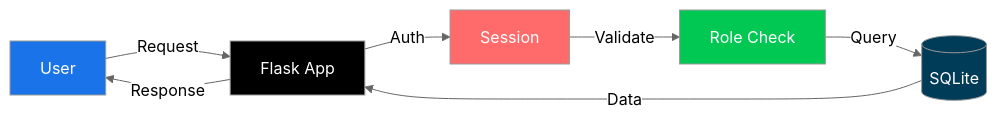
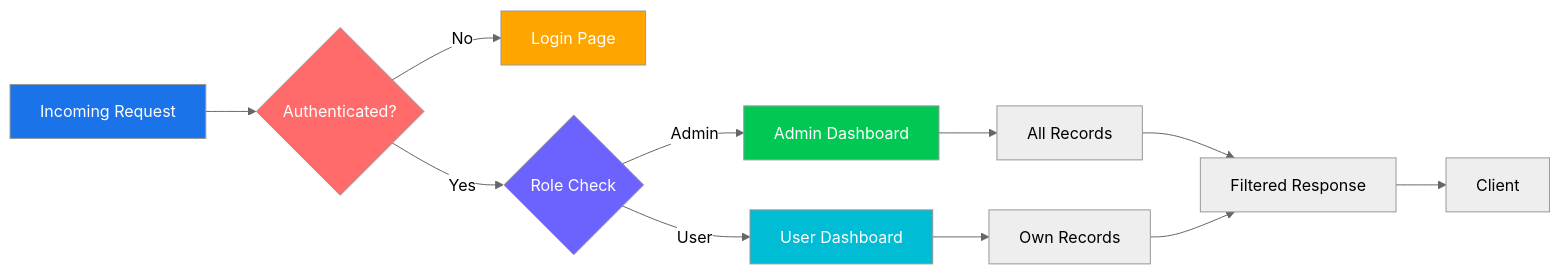
One commit to Barath-RK/Secure-Record-Access-for-an-Institutional-Portal changed the third of 3 diagrams in README.md. Above: the diagram before and after it, drawn with Mermaid (neutral theme). The commit also changed other lines of this file, not shown here.

````diff
--- a/README.md
+++ b/README.md
@@ -175,15 +272,20 @@
 ```mermaid
 graph LR
-    A[User] -->|Request| B[Flask App]
-    B -->|Auth| C[Session]
-    C -->|Validate| D[Role Check]
-    D -->|Query| E[(SQLite)]
-    E -->|Data| B
-    B -->|Response| A
+    A[Incoming Request] --> B{Authenticated?}
+    B -->|No| C[Login Page]
+    B -->|Yes| D{Role Check}
+    D -->|Admin| E[Admin Dashboard]
+    D -->|User| F[User Dashboard]
+    E --> G[All Records]
+    F --> H[Own Records]
+    G --> I[Filtered Response]
+    H --> I
+    I --> J[Client]
     
     style A fill:#1A73E8,color:#fff
-    style B fill:#000,color:#fff
-    style C fill:#FF6B6B,color:#fff
-    style D fill:#00C853,color:#fff
-    style E fill:#003B57,color:#fff
+    style B fill:#FF6B6B,color:#fff
+    style C fill:#FFA500,color:#fff
+    style D fill:#6C63FF,color:#fff
+    style E fill:#00C853,color:#fff
+    style F fill:#00BCD4,color:#fff
 ```
````
